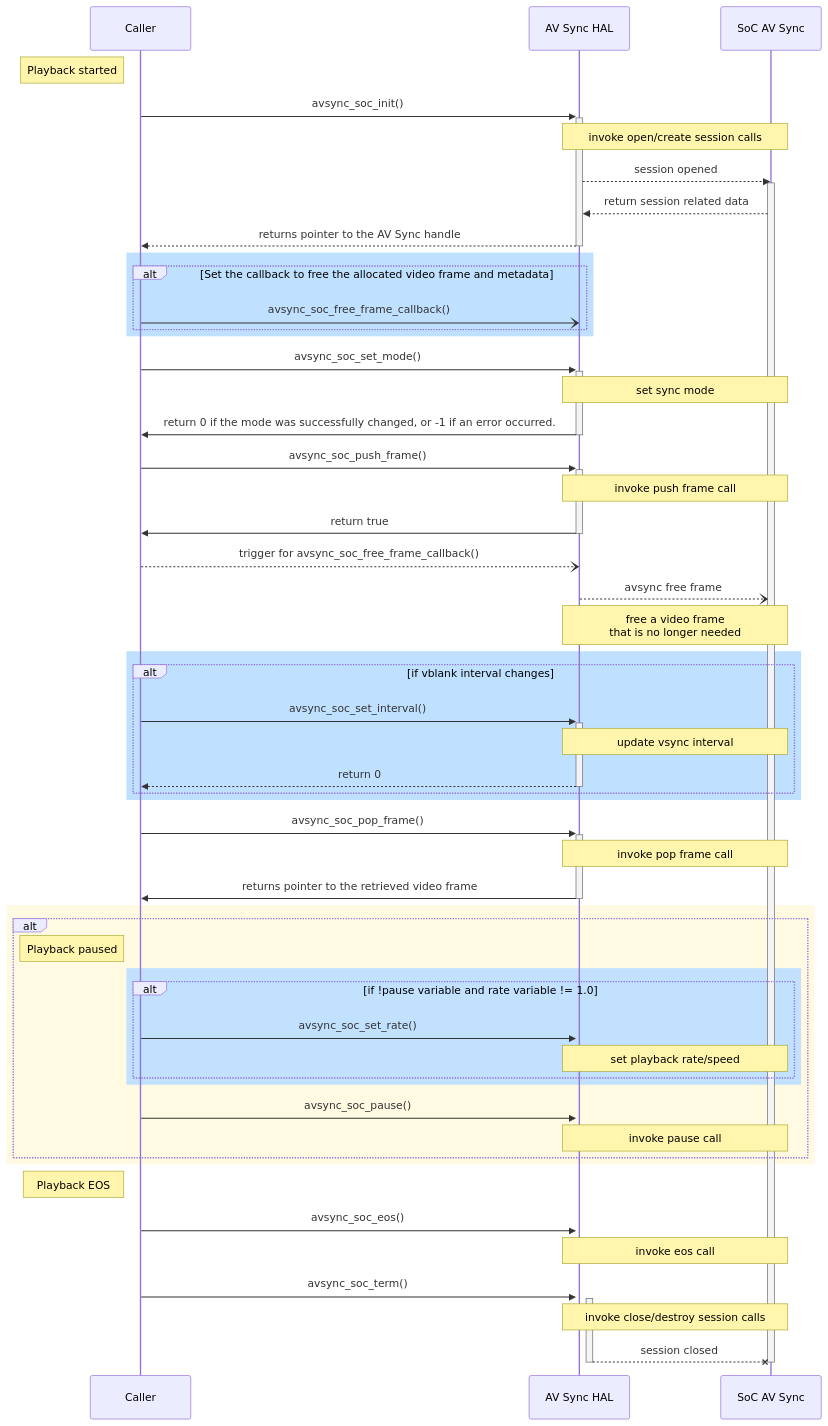
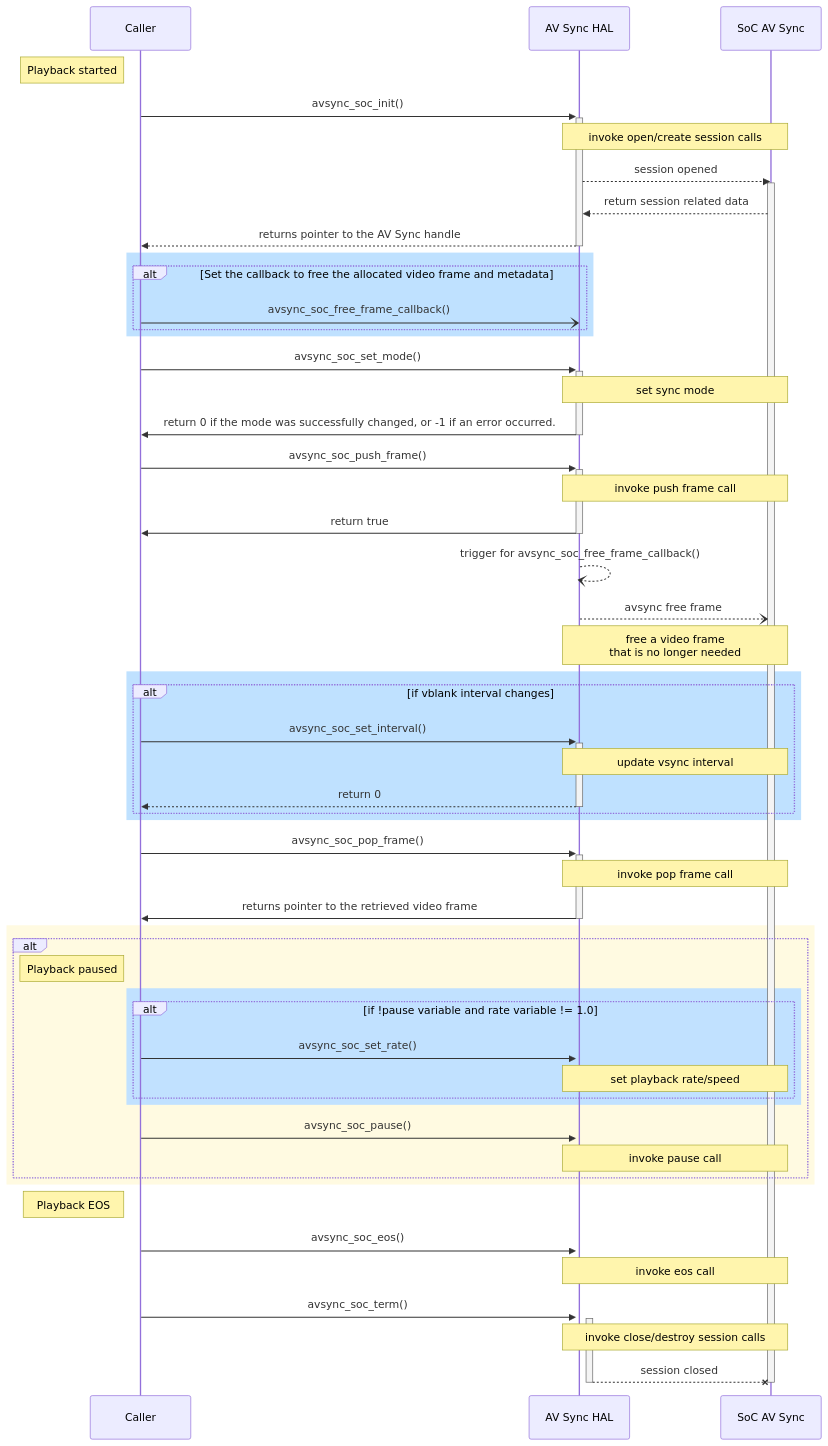
The second of 2 diagrams in docs/pages/av-sync_halSpec.md (rdkcentral/rdk-halif-avsync), drawn with Mermaid before and after one commit.

Commit message:
Update av-sync_halSpec.md
update trigger part for freeCB in the sequence diagram.

````diff
--- a/docs/pages/av-sync_halSpec.md
+++ b/docs/pages/av-sync_halSpec.md
@@ -152,73 +152,73 @@
 ```mermaid
 
 sequenceDiagram
 
 participant Caller
 participant AV Sync HAL
 participant SoC AV Sync 
 
 note left of Caller:Playback started
 
 Caller->>+AV Sync HAL:avsync_soc_init()
 note over AV Sync HAL,SoC AV Sync:invoke open/create session calls
 AV Sync HAL-->>SoC AV Sync:session opened
 activate SoC AV Sync 
 SoC AV Sync-->>AV Sync HAL:return session related data
 AV Sync HAL-->>-Caller:returns pointer to the AV Sync handle
 
 rect rgb(191, 225, 255)
 alt Set the callback to free the allocated video frame and metadata
 Caller-)AV Sync HAL:avsync_soc_free_frame_callback()
 end
 end
 
 Caller->>+AV Sync HAL:avsync_soc_set_mode()
 note over AV Sync HAL,SoC AV Sync:set sync mode
 AV Sync HAL->>-Caller: return 0 if the mode was successfully changed, or -1 if an error occurred.
 
 Caller->>+AV Sync HAL:avsync_soc_push_frame()
 note over AV Sync HAL,SoC AV Sync:invoke push frame call
 AV Sync HAL->>-Caller:return true
 
-Caller--)AV Sync HAL: trigger for avsync_soc_free_frame_callback()
+AV Sync HAL--)AV Sync HAL: trigger for avsync_soc_free_frame_callback()
 AV Sync HAL--)SoC AV Sync: avsync free frame
 note over AV Sync HAL,SoC AV Sync: free a video frame <br/> that is no longer needed
 
 rect rgb(191, 225, 255)
 alt if vblank interval changes
 Caller->>+AV Sync HAL:avsync_soc_set_interval()
 note over AV Sync HAL,SoC AV Sync:update vsync interval
 AV Sync HAL-->>-Caller:return 0
 end
 end
 
 Caller->>+AV Sync HAL:avsync_soc_pop_frame()
 note over AV Sync HAL,SoC AV Sync:invoke pop frame call
 AV Sync HAL->>-Caller:returns pointer to the retrieved video frame
 
 rect rgb(255,250,225)
 alt
 note left of Caller:Playback paused
 
 rect rgb(193, 225, 255)
 alt  if !pause variable and rate variable != 1.0
 Caller->>+AV Sync HAL:avsync_soc_set_rate()
 note over AV Sync HAL,SoC AV Sync:set playback rate/speed
 end
 end
 Caller->>+AV Sync HAL:avsync_soc_pause()
 note over AV Sync HAL,SoC AV Sync:invoke pause call
 end
 end
 
 note left of Caller:Playback EOS
 
 Caller->>+AV Sync HAL:avsync_soc_eos()
 note over AV Sync HAL,SoC AV Sync:invoke eos call
 Caller->>+AV Sync HAL:avsync_soc_term()
 note over AV Sync HAL,SoC AV Sync:invoke close/destroy session calls
 AV Sync HAL--xSoC AV Sync:session closed
 deactivate SoC AV Sync 
 deactivate AV Sync HAL
 
 ```
````
